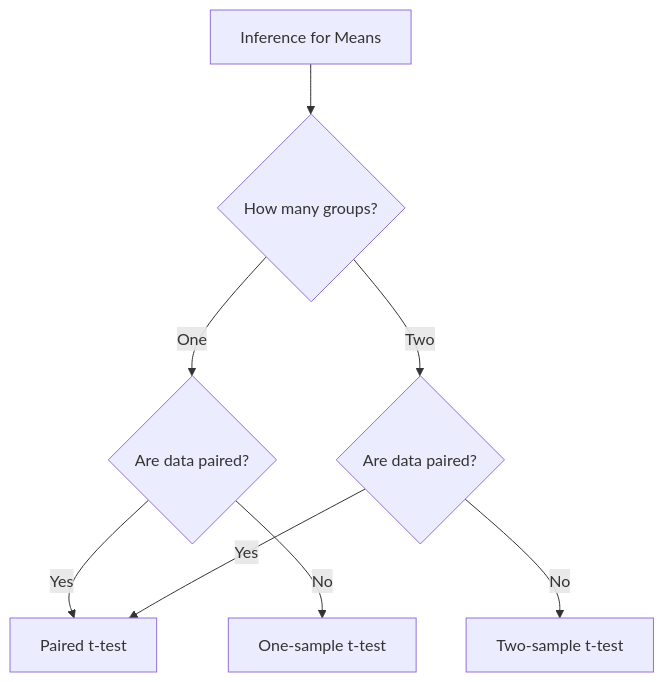
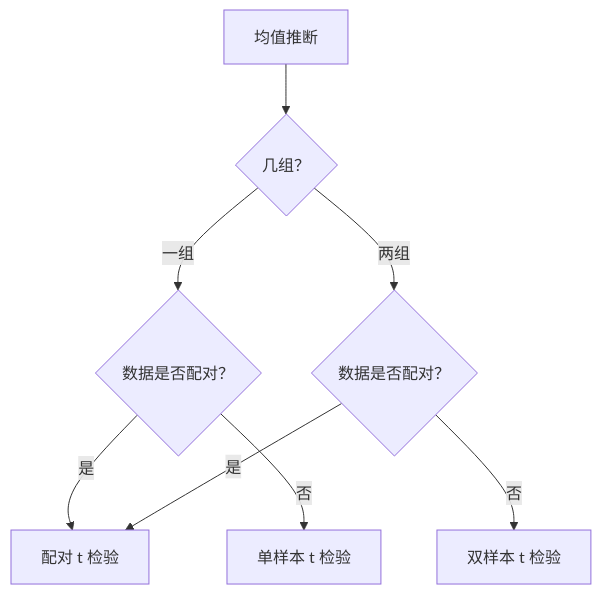
Before and after one commit to xieguaiwu/Notes: the diagram in Math/Statistics/AP_Statistics/Unit_7_Inference_for_Means.md, drawn with Mermaid. The commit also changed other lines of this file and 30 other files, not shown here.

Commit message:
obsidian-note-generation: translate all AP Statistics notes to Chinese, fix format issues (H1, --- separators, Unicode→LaTeX), add chart types review note

````diff
--- a/Math/Statistics/AP_Statistics/Unit_7_Inference_for_Means.md
+++ b/Math/Statistics/AP_Statistics/Unit_7_Inference_for_Means.md
@@ -85,10 +75,10 @@
 ```mermaid
 flowchart TD
-    A[Inference for Means] --> B{How many groups?}
-    B -->|One| C{Are data paired?}
-    B -->|Two| D{Are data paired?}
-    C -->|Yes| E[Paired t-test]
-    C -->|No| F[One-sample t-test]
-    D -->|Yes| E
-    D -->|No| G[Two-sample t-test]
+    A[均值推断] --> B{几组？}
+    B -->|一组| C{数据是否配对？}
+    B -->|两组| D{数据是否配对？}
+    C -->|是| E[配对 t 检验]
+    C -->|否| F[单样本 t 检验]
+    D -->|是| E
+    D -->|否| G[双样本 t 检验]
 ```
````
